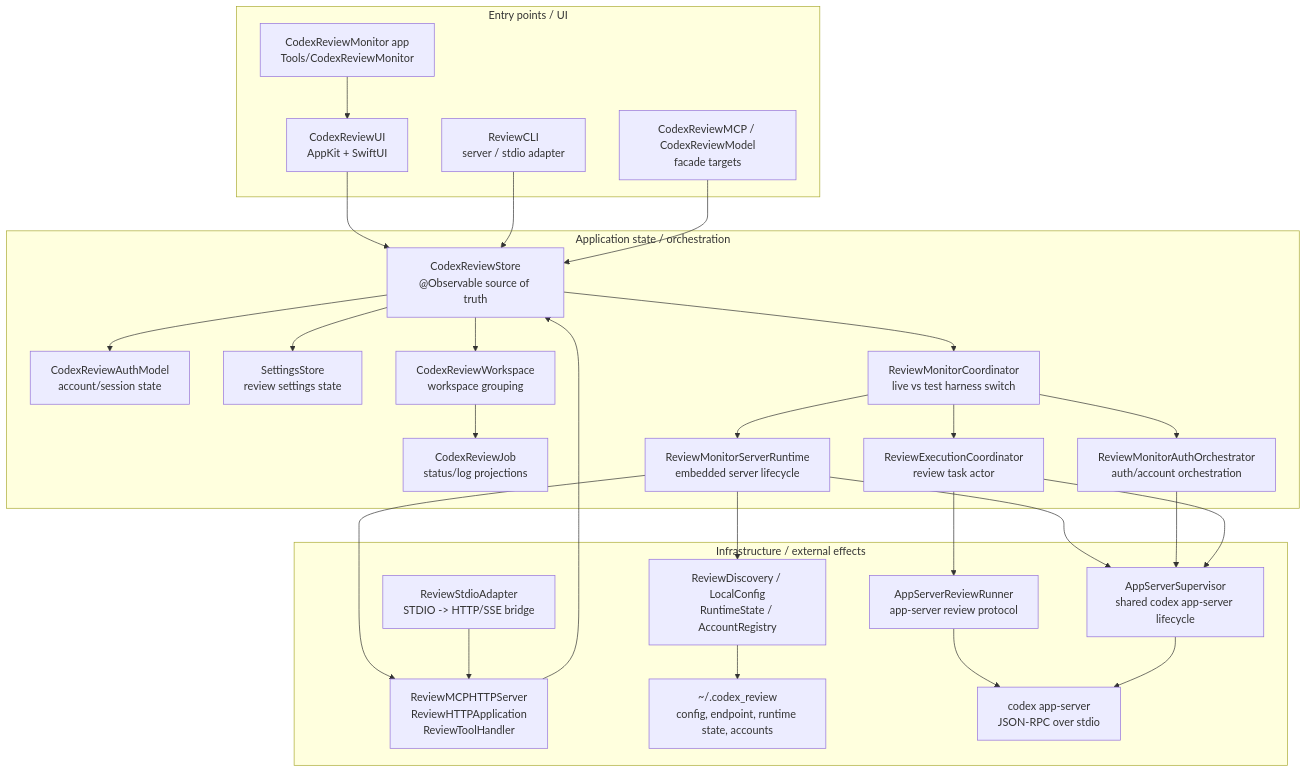
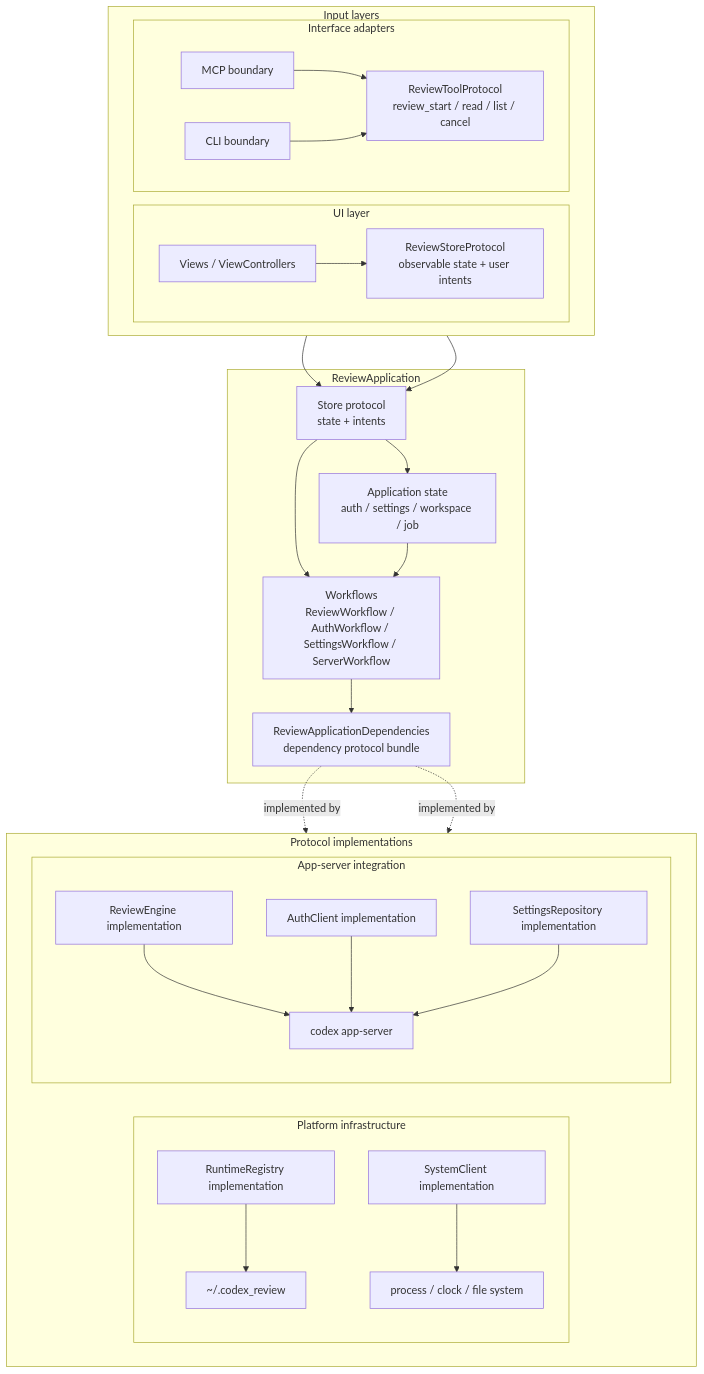
One commit to lynnswap/CodexReviewMCP changed the first of 8 diagrams in Docs/architecture-overview.md. Above: the diagram before and after it, drawn with Mermaid. The commit also changed other lines of this file, not shown here.

Commit message:
docs(architecture): align diagrams with dependency bundle

````diff
--- a/Docs/architecture-overview.md
+++ b/Docs/architecture-overview.md
@@ -11,58 +13,60 @@
 ```mermaid
 flowchart TB
-    subgraph UI["Entry points / UI"]
-        Monitor["CodexReviewMonitor app<br/>Tools/CodexReviewMonitor"]
-        CodexUI["CodexReviewUI<br/>AppKit + SwiftUI"]
-        CLI["ReviewCLI<br/>server / stdio adapter"]
-        FacadeMCP["CodexReviewMCP / CodexReviewModel<br/>facade targets"]
+    subgraph Inputs["Input layers"]
+        direction LR
+        subgraph UI["UI layer"]
+            ViewLayer["Views / ViewControllers"]
+            StorePort["ReviewStoreProtocol<br/>observable state + user intents"]
+        end
+
+        subgraph Adapter["Interface adapters"]
+            MCPBoundary["MCP boundary"]
+            CLIBoundary["CLI boundary"]
+            ToolPort["ReviewToolProtocol<br/>review_start / read / list / cancel"]
+        end
     end
 
-    subgraph Model["Application state / orchestration"]
-        Store["CodexReviewStore<br/>@Observable source of truth"]
-        Auth["CodexReviewAuthModel<br/>account/session state"]
-        Settings["SettingsStore<br/>review settings state"]
-        Workspace["CodexReviewWorkspace<br/>workspace grouping"]
-        Job["CodexReviewJob<br/>status/log projections"]
-        Coordinator["ReviewMonitorCoordinator<br/>live vs test harness switch"]
-        ServerRuntime["ReviewMonitorServerRuntime<br/>embedded server lifecycle"]
-        AuthOrchestrator["ReviewMonitorAuthOrchestrator<br/>auth/account orchestration"]
-        Execution["ReviewExecutionCoordinator<br/>review task actor"]
+    subgraph App["ReviewApplication"]
+        StoreProtocol["Store protocol<br/>state + intents"]
+        AppState["Application state<br/>auth / settings / workspace / job"]
+        Workflows["Workflows<br/>ReviewWorkflow / AuthWorkflow / SettingsWorkflow / ServerWorkflow"]
+        Dependencies["ReviewApplicationDependencies<br/>dependency protocol bundle"]
     end
 
-    subgraph Data["Infrastructure / external effects"]
-        HTTP["ReviewMCPHTTPServer<br/>ReviewHTTPApplication<br/>ReviewToolHandler"]
-        Stdio["ReviewStdioAdapter<br/>STDIO -> HTTP/SSE bridge"]
-        Supervisor["AppServerSupervisor<br/>shared codex app-server lifecycle"]
-        Runner["AppServerReviewRunner<br/>app-server review protocol"]
-        Config["ReviewDiscovery / LocalConfig<br/>RuntimeState / AccountRegistry"]
-        Files["~/.codex_review<br/>config, endpoint, runtime state, accounts"]
-        AppServer["codex app-server<br/>JSON-RPC over stdio"]
+    subgraph Implementations["Protocol implementations"]
+        direction LR
+        subgraph Platform["Platform infrastructure"]
+            RuntimeRegistryImpl["RuntimeRegistry implementation"]
+            SystemClientImpl["SystemClient implementation"]
+            Files["~/.codex_review"]
+            Process["process / clock / file system"]
+        end
+
+        subgraph AppServer["App-server integration"]
+            ReviewEngineImpl["ReviewEngine implementation"]
+            AuthClientImpl["AuthClient implementation"]
+            SettingsRepoImpl["SettingsRepository implementation"]
+            Codex["codex app-server"]
+        end
     end
 
-    Monitor --> CodexUI
-    CodexUI --> Store
-    CLI --> Store
-    FacadeMCP --> Store
+    ViewLayer --> StorePort
+    MCPBoundary --> ToolPort
+    CLIBoundary --> ToolPort
 
-    Store --> Auth
-    Store --> Settings
-    Store --> Workspace
-    Workspace --> Job
-    Store --> Coordinator
-    Coordinator --> ServerRuntime
-    Coordinator --> AuthOrchestrator
-    Coordinator --> Execution
+    StorePort --> StoreProtocol
+    ToolPort --> StoreProtocol
+    StoreProtocol --> AppState
+    StoreProtocol --> Workflows
+    AppState --> Workflows
+    Workflows --> Dependencies
 
-    ServerRuntime --> HTTP
-    ServerRuntime --> Supervisor
-    ServerRuntime --> Config
-    AuthOrchestrator --> Supervisor
-    Execution --> Supervisor
-    Execution --> Runner
+    Dependencies -.->|implemented by| AppServer
+    Dependencies -.->|implemented by| Platform
 
-    HTTP --> Store
-    Stdio --> HTTP
-    Runner --> AppServer
-    Supervisor --> AppServer
-    Config --> Files
+    ReviewEngineImpl --> Codex
+    AuthClientImpl --> Codex
+    SettingsRepoImpl --> Codex
+    RuntimeRegistryImpl --> Files
+    SystemClientImpl --> Process
 ```
````
